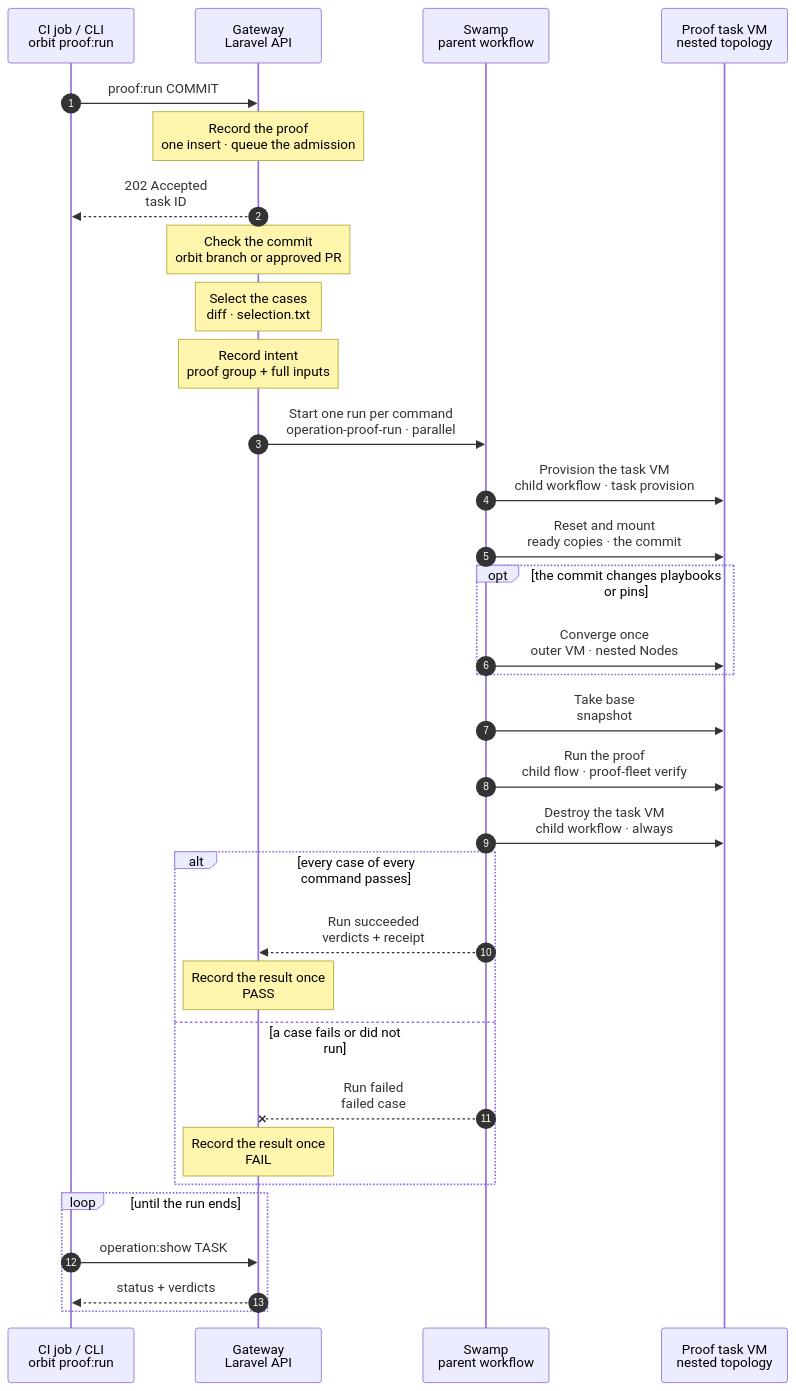
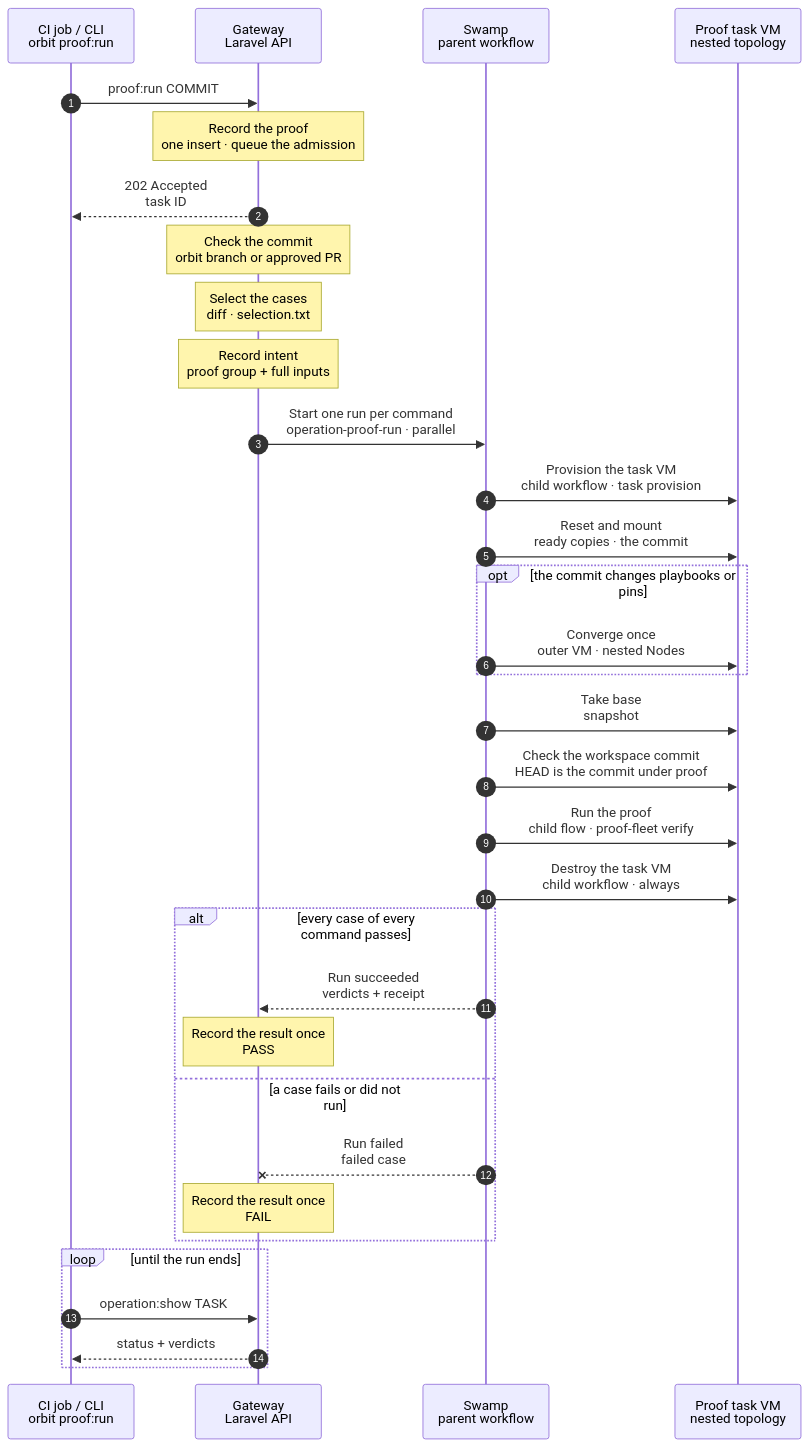
The diagram in docs/cli/proof/run.mmd (hardimpactdev/orbit), drawn with Mermaid before and after one commit. The commit also changed 7 other files, not shown here.

First line of the commit message:
Print the commits of a failed workspace check, and list the step in the kind charts

```diff
--- a/docs/cli/proof/run.mmd
+++ b/docs/cli/proof/run.mmd
@@ -84,6 +84,10 @@
   %%> What it does:
   %%> - a plain Incus snapshot `base` of the three nested containers, with any converged state in it
   %%> - it holds the Club key; accepted because the VM and its snapshots are destroyed after the run
+  SW->>VM: Check the workspace commit<br/>HEAD is the commit under proof
+  %%> Decided by the top orchestrator, for Nick's review (2026-11-07): before any case the run reads the HEAD of the workspace of its VM and asserts that it is the commit of the proof. Try 13's list run went on after the import of its bundle failed and proved a clone of main
+  %%> - a mismatch, or a workspace that prints no commit, fails the run with `proof.workspace_commit_mismatch`, with both commits in the result (`workspace`), and no case runs; the proof ends with the same code when no case ran in any command. A VM that cannot be read at all fails as `proof.run_failed`
+  %%> - it runs after the provision, so it is a second line; the gate of the provision is fixed in another lane. See the chart of the kind `proof.command`
   SW->>VM: Run the proof<br/>child flow · proof-fleet verify
   %%> What it does:
   %%> - each batch applies its declared start state; its cases run one after another with their own resources and no undo
```
